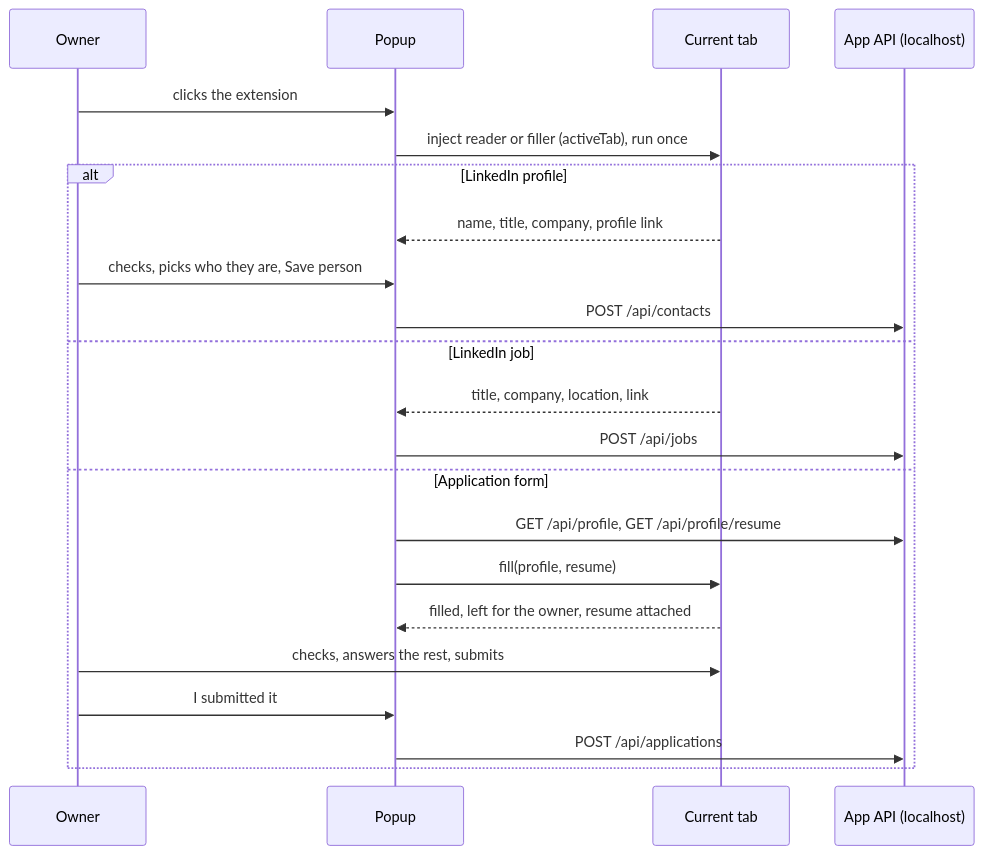
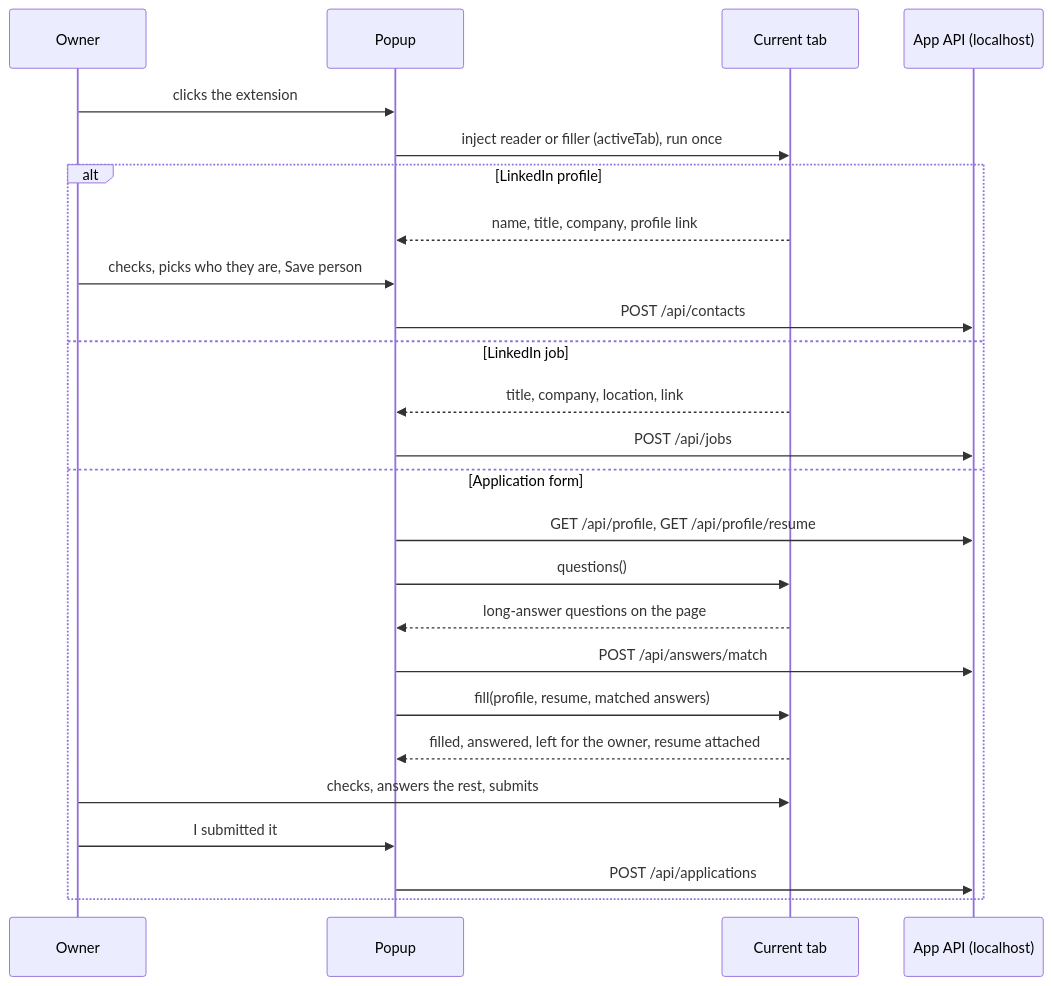
The eighth of 9 diagrams in docs/architecture.md (TechByChibuzo/job-search-assistant), drawn with Mermaid before and after one commit. The commit also changed other lines of this file and 4 other files, not shown here.

````diff
--- a/docs/architecture.md
+++ b/docs/architecture.md
@@ -384,24 +401,27 @@
 ```mermaid
 sequenceDiagram
     participant O as Owner
     participant P as Popup
     participant T as Current tab
     participant A as App API (localhost)
     O->>P: clicks the extension
     P->>T: inject reader or filler (activeTab), run once
     alt LinkedIn profile
         T-->>P: name, title, company, profile link
         O->>P: checks, picks who they are, Save person
         P->>A: POST /api/contacts
     else LinkedIn job
         T-->>P: title, company, location, link
         P->>A: POST /api/jobs
     else Application form
         P->>A: GET /api/profile, GET /api/profile/resume
-        P->>T: fill(profile, resume)
-        T-->>P: filled, left for the owner, resume attached
+        P->>T: questions()
+        T-->>P: long-answer questions on the page
+        P->>A: POST /api/answers/match
+        P->>T: fill(profile, resume, matched answers)
+        T-->>P: filled, answered, left for the owner, resume attached
         O->>T: checks, answers the rest, submits
         O->>P: I submitted it
         P->>A: POST /api/applications
     end
 ```
````
